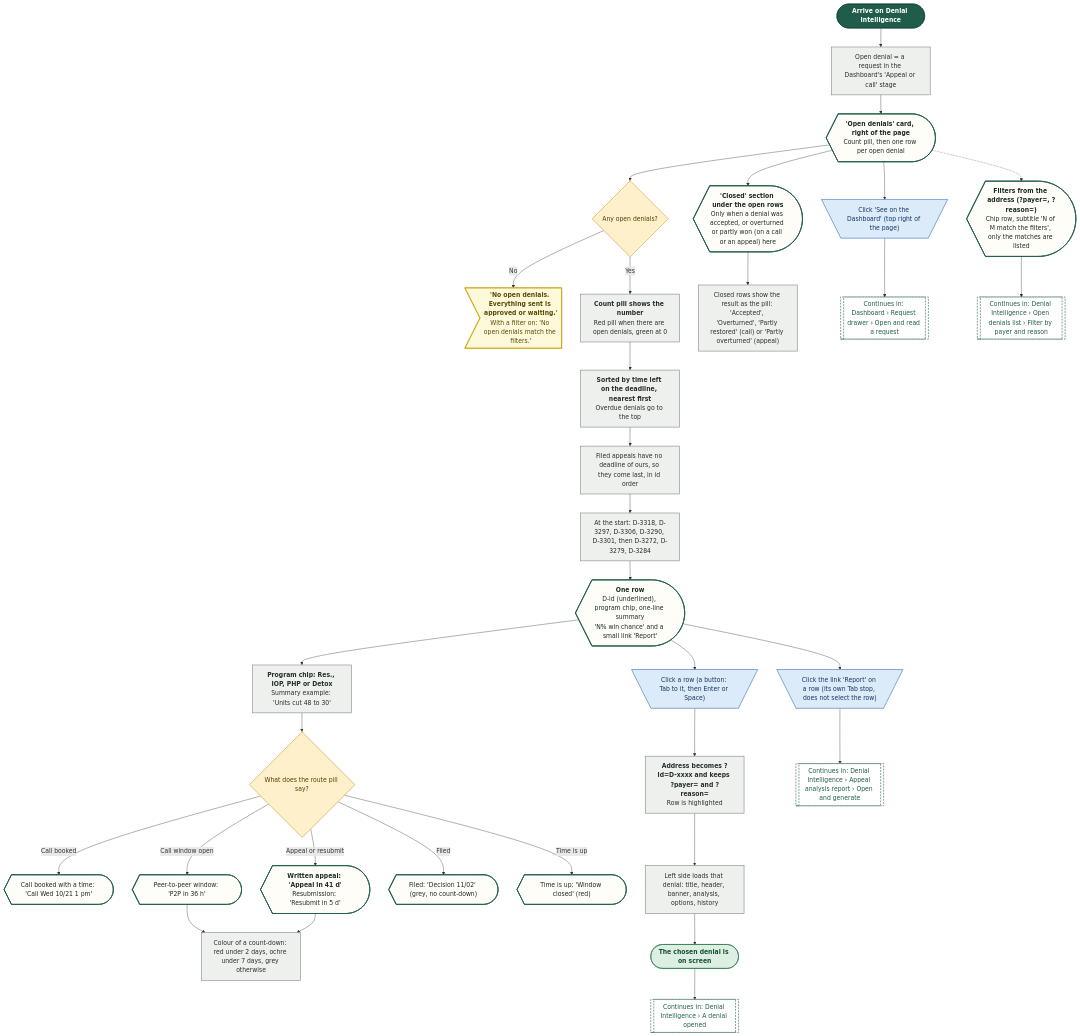
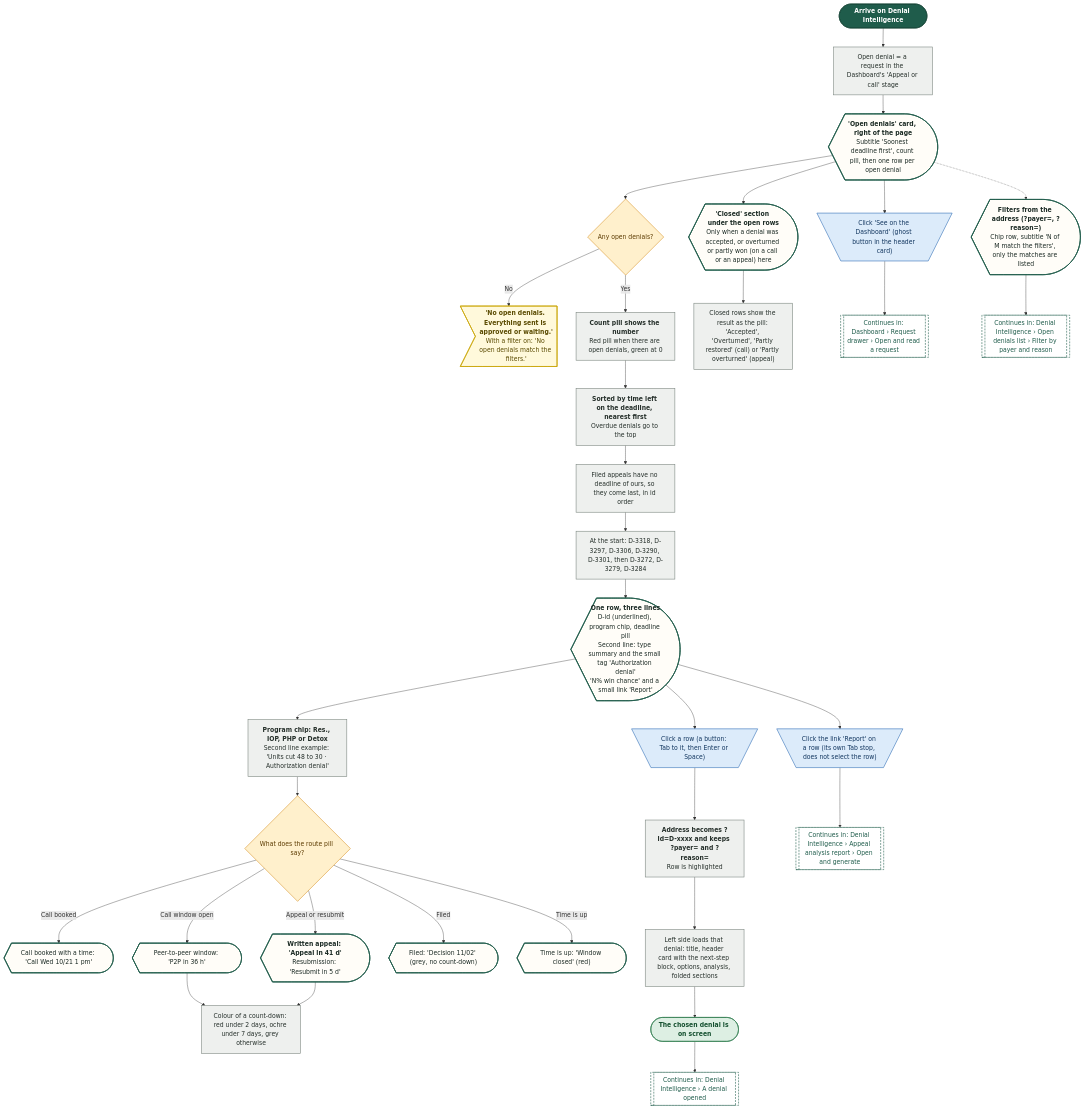
The second of 27 diagrams in demos/prior-auth-demo/workflows/out/md/06-denials.md (Shrav143/psyfloapp), drawn with Mermaid before and after one commit. The commit also changed other lines of this file and 192 other files, not shown here.

First line of the commit message:
docs: changelog by sidebar tab; README, diagrams and Settings layout aligned with the refinement; shared InfoTip; referral cost-share line

````diff
--- a/demos/prior-auth-demo/workflows/out/md/06-denials.md
+++ b/demos/prior-auth-demo/workflows/out/md/06-denials.md
@@ -96,76 +96,76 @@
 ```mermaid
 %%{init: {"theme":"base","themeVariables":{"fontFamily":"'DM Sans', 'Segoe UI', system-ui, sans-serif","fontSize":"15px","lineColor":"#5B6B63","primaryTextColor":"#1C2B25","clusterBkg":"#FBF8F3","clusterBorder":"#D9CDBB","edgeLabelBackground":"#FFFFFF"},"flowchart":{"curve":"basis","nodeSpacing":36,"rankSpacing":48,"padding":12,"htmlLabels":true,"useMaxWidth":false,"wrappingWidth":230}} }%%
 flowchart TD
   classDef k_start fill:#1F5C4B,stroke:#174638,color:#FFFFFF,stroke-width:1.5px,font-weight:600
   classDef k_end fill:#DDEFE3,stroke:#2E7D4F,color:#14502F,stroke-width:1.5px,font-weight:600
   classDef k_endx fill:#FBE3E0,stroke:#C0392B,color:#7A1F16,stroke-width:1.5px,font-weight:600
   classDef k_screen fill:#FFFDF8,stroke:#1F5C4B,color:#1C2B25,stroke-width:2px
   classDef k_overlay fill:#F1F7F3,stroke:#1F5C4B,color:#1C2B25,stroke-width:2px,stroke-dasharray:5 3
   classDef k_click fill:#DCEBFA,stroke:#2F6DB5,color:#12365F,stroke-width:1.5px
   classDef k_input fill:#E4E7FF,stroke:#4C5FD5,color:#1D2670,stroke-width:1.5px
   classDef k_process fill:#EEF0EE,stroke:#7A857F,color:#26302B,stroke-width:1.5px
   classDef k_agent fill:#EEE5FA,stroke:#7A4FC2,color:#341A63,stroke-width:1.5px
   classDef k_decision fill:#FFF0CC,stroke:#D9962B,color:#5C3B00,stroke-width:1.5px
   classDef k_store fill:#D5F0EA,stroke:#1C8E7B,color:#0B4A3F,stroke-width:1.5px
   classDef k_doc fill:#F6E9DC,stroke:#B07A4C,color:#4A2E14,stroke-width:1.5px
   classDef k_ext fill:#FFE6D2,stroke:#E07B39,color:#6B2F06,stroke-width:1.5px
   classDef k_wait fill:#E4E8EE,stroke:#6B7C93,color:#26303D,stroke-width:1.5px
   classDef k_toast fill:#FFF9DB,stroke:#C9A400,color:#5A4A00,stroke-width:1.5px
   classDef k_goto fill:#FFFFFF,stroke:#1F5C4B,color:#1F5C4B,stroke-width:1.5px,stroke-dasharray:5 3
   s1@{ shape: stadium, label: "Arrive on Denial Intelligence" }
-  sc1@{ shape: curv-trap, label: "<b>'Open denials' card, right of the page</b><br/>Count pill, then one row per open denial" }
+  sc1@{ shape: curv-trap, label: "<b>'Open denials' card, right of the page</b><br/>Subtitle 'Soonest deadline first', count pill, then one row per open denial" }
   p1@{ shape: rect, label: "Open denial = a request in the Dashboard's 'Appeal or call' stage" }
   d1@{ shape: diam, label: "Any open denials?" }
   t1@{ shape: odd, label: "<b>'No open denials. Everything sent is approved or waiting.'</b><br/>With a filter on: 'No open denials match the filters.'" }
   p2@{ shape: rect, label: "<b>Count pill shows the number</b><br/>Red pill when there are open denials, green at 0" }
   p3@{ shape: rect, label: "<b>Sorted by time left on the deadline, nearest first</b><br/>Overdue denials go to the top" }
   p4@{ shape: rect, label: "Filed appeals have no deadline of ours, so they come last, in id order" }
   p5@{ shape: rect, label: "At the start: D-3318, D-3297, D-3306, D-3290, D-3301, then D-3272, D-3279, D-3284" }
-  r1@{ shape: curv-trap, label: "<b>One row</b><br/>D-id (underlined), program chip, one-line summary<br/>'N% win chance' and a small link 'Report'" }
-  p6@{ shape: rect, label: "<b>Program chip: Res., IOP, PHP or Detox</b><br/>Summary example: 'Units cut 48 to 30'" }
+  r1@{ shape: curv-trap, label: "<b>One row, three lines</b><br/>D-id (underlined), program chip, deadline pill<br/>Second line: type summary and the small tag 'Authorization denial'<br/>'N% win chance' and a small link 'Report'" }
+  p6@{ shape: rect, label: "<b>Program chip: Res., IOP, PHP or Detox</b><br/>Second line example: 'Units cut 48 to 30 · Authorization denial'" }
   d2@{ shape: diam, label: "What does the route pill say?" }
   rp1@{ shape: curv-trap, label: "Call booked with a time: 'Call Wed 10/21 1 pm'" }
   rp2@{ shape: curv-trap, label: "Peer-to-peer window: 'P2P in 36 h'" }
   rp3@{ shape: curv-trap, label: "<b>Written appeal: 'Appeal in 41 d'</b><br/>Resubmission: 'Resubmit in 5 d'" }
   rp4@{ shape: curv-trap, label: "Filed: 'Decision 11/02' (grey, no count-down)" }
   rp5@{ shape: curv-trap, label: "Time is up: 'Window closed' (red)" }
   p7@{ shape: rect, label: "Colour of a count-down: red under 2 days, ochre under 7 days, grey otherwise" }
   cl1@{ shape: curv-trap, label: "<b>'Closed' section under the open rows</b><br/>Only when a denial was accepted, or overturned or partly won (on a call or an appeal) here" }
   p8@{ shape: rect, label: "Closed rows show the result as the pill: 'Accepted', 'Overturned', 'Partly restored' (call) or 'Partly overturned' (appeal)" }
   c1@{ shape: trap-t, label: "Click a row (a button: Tab to it, then Enter or Space)" }
   p9@{ shape: rect, label: "<b>Address becomes ?id=D-xxxx and keeps ?payer= and ?reason=</b><br/>Row is highlighted" }
-  p10@{ shape: rect, label: "Left side loads that denial: title, header, banner, analysis, options, history" }
+  p10@{ shape: rect, label: "Left side loads that denial: title, header card with the next-step block, options, analysis, folded sections" }
   c3@{ shape: trap-t, label: "Click the link 'Report' on a row (its own Tab stop, does not select the row)" }
   g4@{ shape: subproc, label: "Continues in: Denial Intelligence › Appeal analysis report › Open and generate" }
-  c2@{ shape: trap-t, label: "Click 'See on the Dashboard' (top right of the page)" }
+  c2@{ shape: trap-t, label: "Click 'See on the Dashboard' (ghost button in the header card)" }
   g1@{ shape: subproc, label: "Continues in: Denial Intelligence › A denial opened" }
   g2@{ shape: subproc, label: "Continues in: Dashboard › Request drawer › Open and read a request" }
   sf@{ shape: curv-trap, label: "<b>Filters from the address (?payer=, ?reason=)</b><br/>Chip row, subtitle 'N of M match the filters', only the matches are listed" }
   g3@{ shape: subproc, label: "Continues in: Denial Intelligence › Open denials list › Filter by payer and reason" }
   e1@{ shape: stadium, label: "The chosen denial is on screen" }
   s1 --> p1 --> sc1 --> d1
   d1 -->|"No"| t1
   d1 -->|"Yes"| p2 --> p3 --> p4 --> p5
   p5 --> r1 --> p6 --> d2
   d2 -->|"Call booked"| rp1
   d2 -->|"Call window open"| rp2
   d2 -->|"Appeal or resubmit"| rp3
   d2 -->|"Filed"| rp4
   d2 -->|"Time is up"| rp5
   rp2 --> p7
   rp3 --> p7
   sc1 --> cl1 --> p8
   r1 --> c1 --> p9 --> p10 --> e1
   e1 --> g1
   sc1 --> c2 --> g2
   r1 --> c3 --> g4
   sc1 -.-> sf --> g3
   class s1 k_start
   class sc1,r1,rp1,rp2,rp3,rp4,rp5,cl1,sf k_screen
   class p1,p2,p3,p4,p5,p6,p7,p8,p9,p10 k_process
   class d1,d2 k_decision
   class t1 k_toast
   class c1,c3,c2 k_click
   class g4,g1,g2,g3 k_goto
   class e1 k_end
 ```
````
